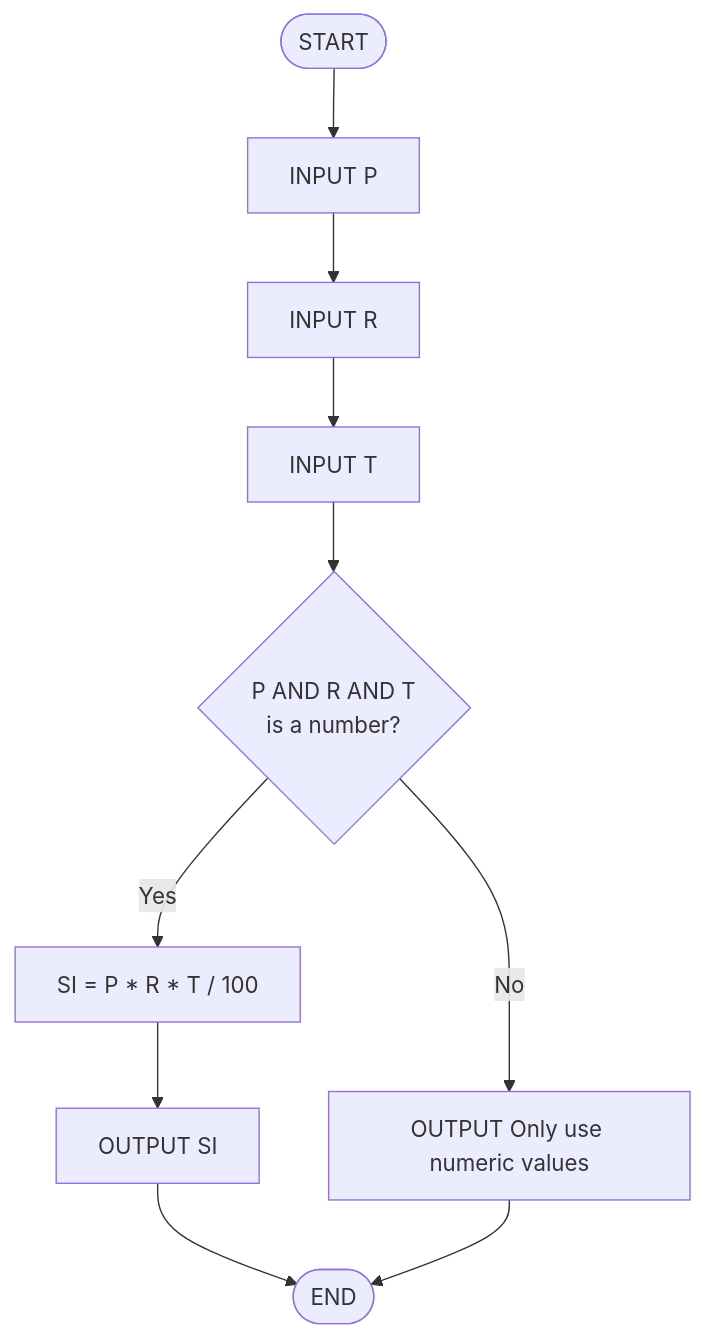
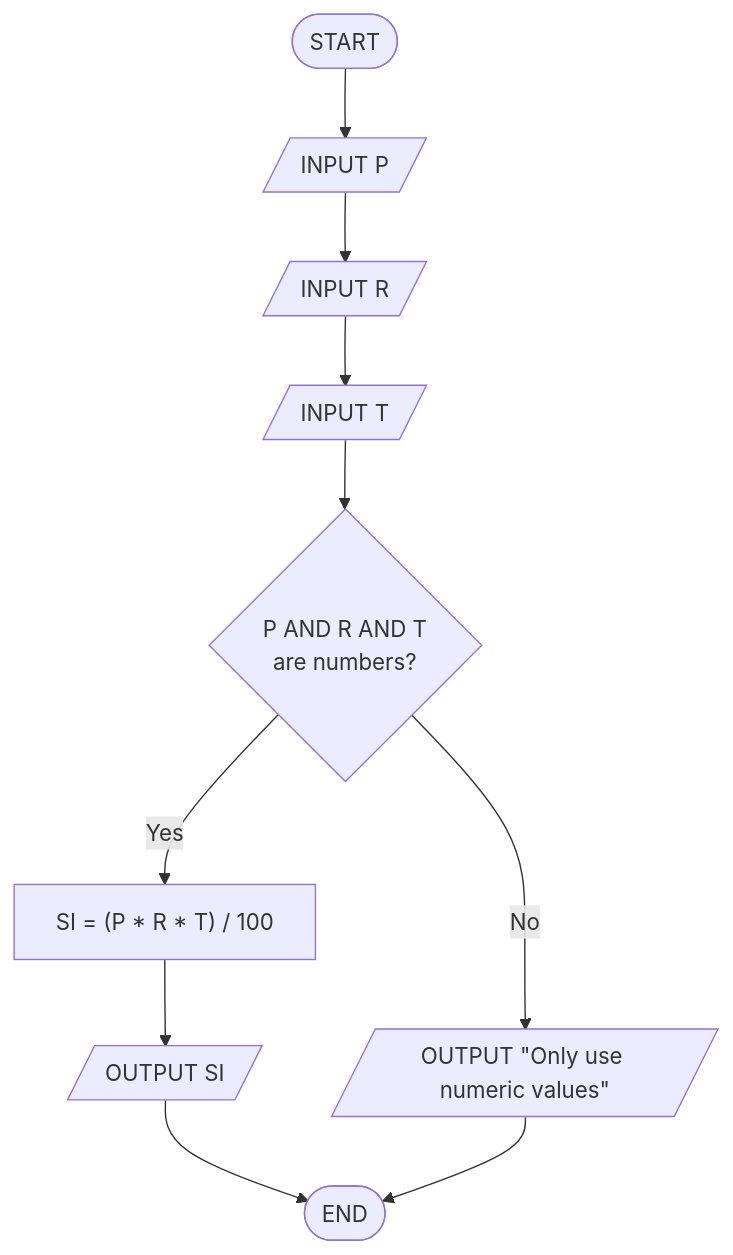
Before and after one commit to Matojotam/Workshop-Algorithm-and-flowchart: the fifth of 10 diagrams in README.md, drawn with Mermaid. The commit also changed other lines of this file, not shown here.

````diff
--- a/README.md
+++ b/README.md
@@ -181,22 +214,31 @@
 ```mermaid
 flowchart TD
-    START([START])
-    inputP[INPUT P]
-    inputR[INPUT R]
-    inputT[INPUT T]
-    checkCondition{P AND R AND T<br/>is a number?}
-    calculate[SI = P * R * T / 100]
-    outputSI[OUTPUT SI]
-    outputError[OUTPUT Only use numeric values]
-    END1([END])
-    
+
+    START(["START"])
+
+    inputP[/INPUT P/]
+    inputR[/INPUT R/]
+    inputT[/INPUT T/]
+
+    checkCondition{"P AND R AND T<br/>are numbers?"}
+
+    calculate["SI = (P * R * T) / 100"]
+
+    outputSI[/OUTPUT SI/]
+
+    outputError[/OUTPUT "Only use numeric values"/]
+
+    END1(["END"])
+
     START --> inputP
     inputP --> inputR
     inputR --> inputT
     inputT --> checkCondition
+
     checkCondition -->|Yes| calculate
     calculate --> outputSI
     outputSI --> END1
+
     checkCondition -->|No| outputError
     outputError --> END1
 ```
````
